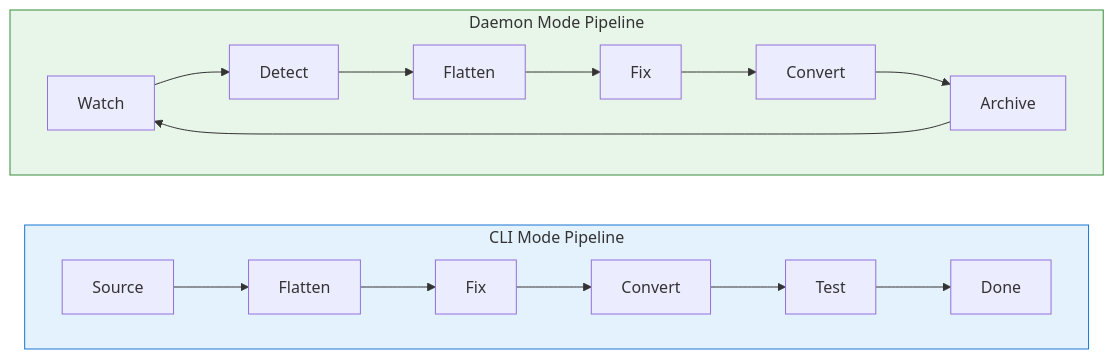
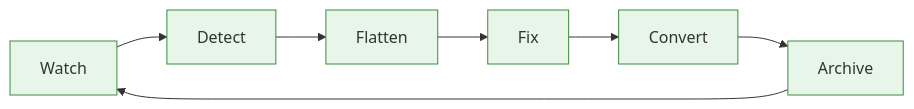
The third of 5 diagrams in docs/presentation/daemon-vs-cli-workflow.md (ssahani/hyper2kvm), drawn with Mermaid before and after one commit. The commit also changed other lines of this file, not shown here.

First line of the commit message:
fix: Simplify Mermaid diagrams for GitHub compatibility

````diff
--- a/docs/presentation/daemon-vs-cli-workflow.md
+++ b/docs/presentation/daemon-vs-cli-workflow.md
@@ -84,24 +97,12 @@
 ```mermaid
-flowchart LR
-    subgraph CLI_FLOW["CLI Mode Pipeline"]
-        direction LR
-        C1[Source] --> C2[Flatten]
-        C2 --> C3[Fix]
-        C3 --> C4[Convert]
-        C4 --> C5[Test]
-        C5 --> C6[Done]
-    end
+graph LR
+    D1[Watch] --> D2[Detect]
+    D2 --> D3[Flatten]
+    D3 --> D4[Fix]
+    D4 --> D5[Convert]
+    D5 --> D6[Archive]
+    D6 --> D1
 
-    subgraph DAEMON_FLOW["Daemon Mode Pipeline"]
-        direction LR
-        D1[Watch] --> D2[Detect]
-        D2 --> D3[Flatten]
-        D3 --> D4[Fix]
-        D4 --> D5[Convert]
-        D5 --> D6[Archive]
-        D6 --> D1
-    end
-
-    style CLI_FLOW fill:#E3F2FD,stroke:#1976D2
-    style DAEMON_FLOW fill:#E8F5E9,stroke:#388E3C
+    classDef daemonClass fill:#E8F5E9,stroke:#388E3C
+    class D1,D2,D3,D4,D5,D6 daemonClass
 ```
````
